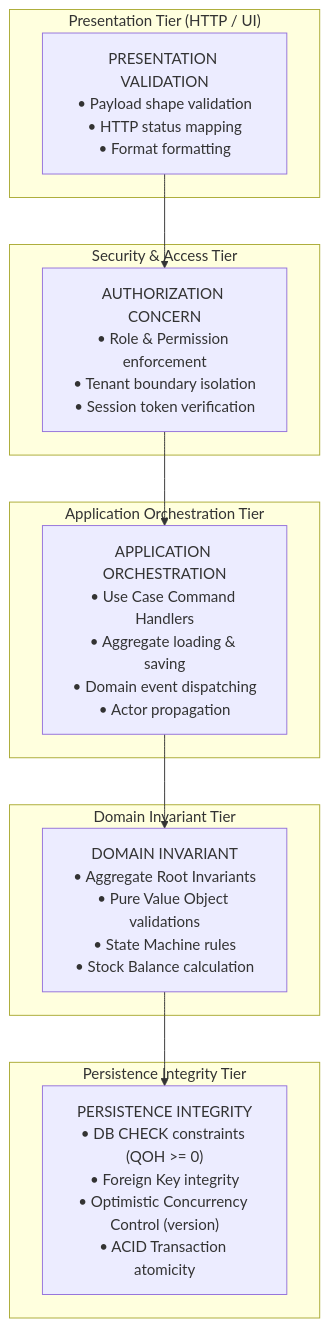
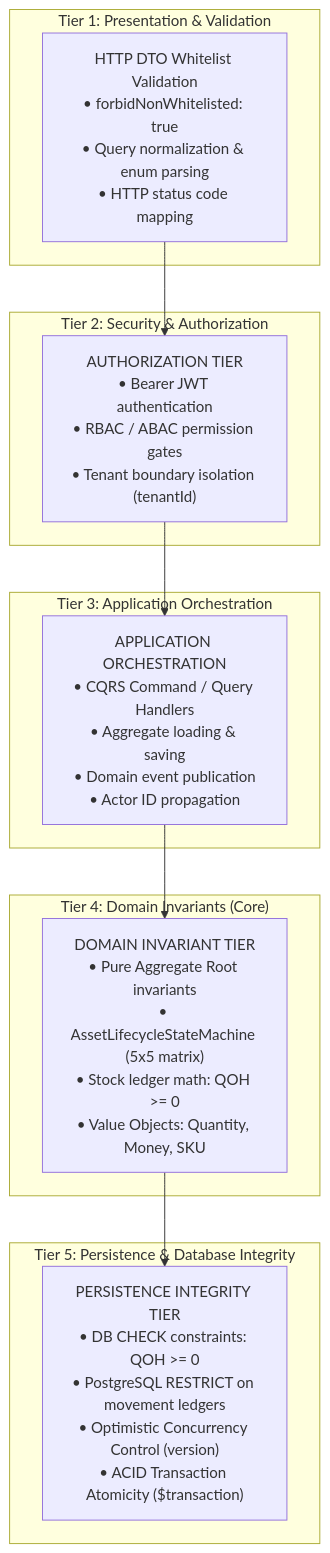
Before and after one commit to izzydin/kinergy-platform: the diagram in docs/architecture/resources/business-rules.md, drawn with Mermaid. The commit also changed other lines of this file and 2 other files, not shown here.

Commit message:
docs(resources): update executable business rules and invariants specification

````diff
--- a/docs/architecture/resources/business-rules.md
+++ b/docs/architecture/resources/business-rules.md
@@ -14,20 +15,20 @@
 ```mermaid
 flowchart TD
-    subgraph L1["Presentation Tier (HTTP / UI)"]
-        PV["PRESENTATION VALIDATION<br/>• Payload shape validation<br/>• HTTP status mapping<br/>• Format formatting"]
+    subgraph L1["Tier 1: Presentation & Validation"]
+        PV["HTTP DTO Whitelist Validation<br/>• forbidNonWhitelisted: true<br/>• Query normalization & enum parsing<br/>• HTTP status code mapping"]
     end
-    subgraph L2["Security & Access Tier"]
-        AC["AUTHORIZATION CONCERN<br/>• Role & Permission enforcement<br/>• Tenant boundary isolation<br/>• Session token verification"]
+    subgraph L2["Tier 2: Security & Authorization"]
+        AC["AUTHORIZATION TIER<br/>• Bearer JWT authentication<br/>• RBAC / ABAC permission gates<br/>• Tenant boundary isolation (tenantId)"]
     end
-    subgraph L3["Application Orchestration Tier"]
-        AO["APPLICATION ORCHESTRATION<br/>• Use Case Command Handlers<br/>• Aggregate loading & saving<br/>• Domain event dispatching<br/>• Actor propagation"]
+    subgraph L3["Tier 3: Application Orchestration"]
+        AO["APPLICATION ORCHESTRATION<br/>• CQRS Command / Query Handlers<br/>• Aggregate loading & saving<br/>• Domain event publication<br/>• Actor ID propagation"]
     end
-    subgraph L4["Domain Invariant Tier"]
-        DI["DOMAIN INVARIANT<br/>• Aggregate Root Invariants<br/>• Pure Value Object validations<br/>• State Machine rules<br/>• Stock Balance calculation"]
+    subgraph L4["Tier 4: Domain Invariants (Core)"]
+        DI["DOMAIN INVARIANT TIER<br/>• Pure Aggregate Root invariants<br/>• AssetLifecycleStateMachine (5x5 matrix)<br/>• Stock ledger math: QOH >= 0<br/>• Value Objects: Quantity, Money, SKU"]
     end
-    subgraph L5["Persistence Integrity Tier"]
-        PI["PERSISTENCE INTEGRITY<br/>• DB CHECK constraints (QOH >= 0)<br/>• Foreign Key integrity<br/>• Optimistic Concurrency Control (version)<br/>• ACID Transaction atomicity"]
+    subgraph L5["Tier 5: Persistence & Database Integrity"]
+        PI["PERSISTENCE INTEGRITY TIER<br/>• DB CHECK constraints: QOH >= 0<br/>• PostgreSQL RESTRICT on movement ledgers<br/>• Optimistic Concurrency Control (version)<br/>• ACID Transaction Atomicity ($transaction)"]
     end
 
     PV --> AC --> AO --> DI --> PI
 ```
````
